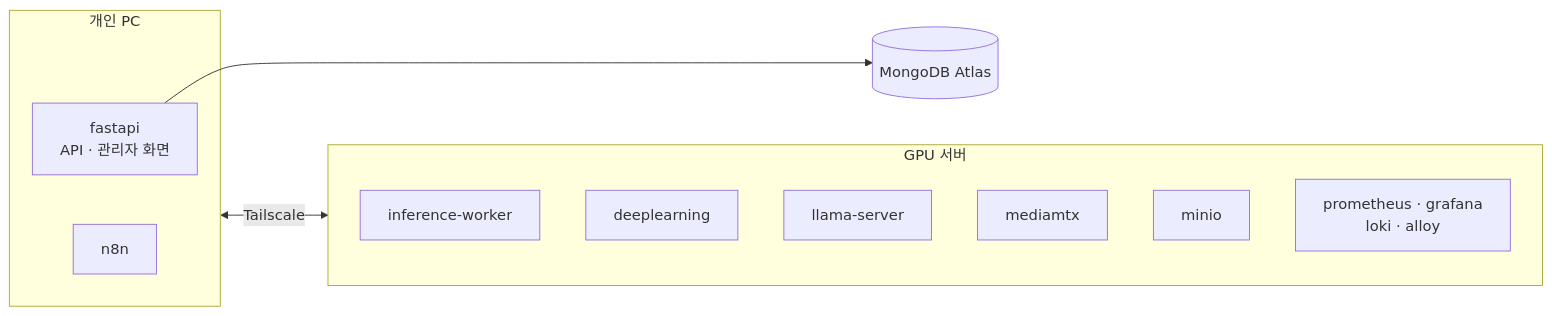
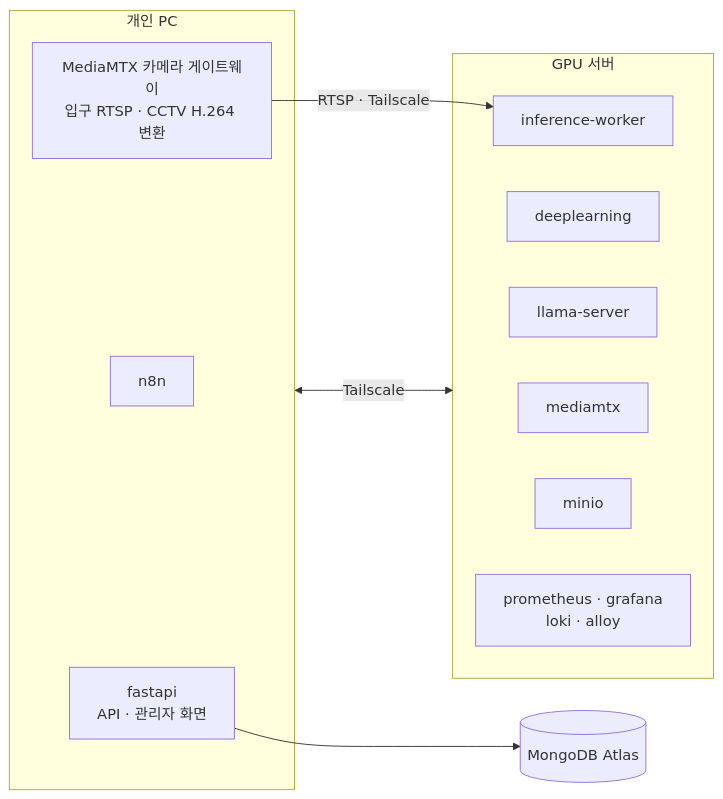
Before and after one commit to where-is-jo/classroom_monitoring: the second of 2 diagrams in docs/architecture/README.md, drawn with Mermaid. The commit also changed other lines of this file and 40 other files, not shown here.

Commit message:
feat(worker): 입구 신원을 CCTV ByteTrack과 좌석 판정으로 인계한다

````diff
--- a/docs/architecture/README.md
+++ b/docs/architecture/README.md
@@ -96,19 +97,21 @@
 ```mermaid
 flowchart LR
     subgraph PC["개인 PC"]
         FASTAPI["fastapi<br/>API · 관리자 화면"]
         N8N["n8n"]
+        CAMGW["MediaMTX 카메라 게이트웨이<br/>입구 RTSP · CCTV H.264 변환"]
     end
     subgraph GPUSRV["GPU 서버"]
         WORKER["inference-worker"]
         DL["deeplearning"]
         LLM["llama-server"]
         MTX["mediamtx"]
         MINIO["minio"]
         OBS["prometheus · grafana<br/>loki · alloy"]
     end
     CLOUD[("MongoDB Atlas")]
 
     PC <-->|"Tailscale"| GPUSRV
+    CAMGW -->|"RTSP · Tailscale"| WORKER
     FASTAPI --> CLOUD
 ```
````
